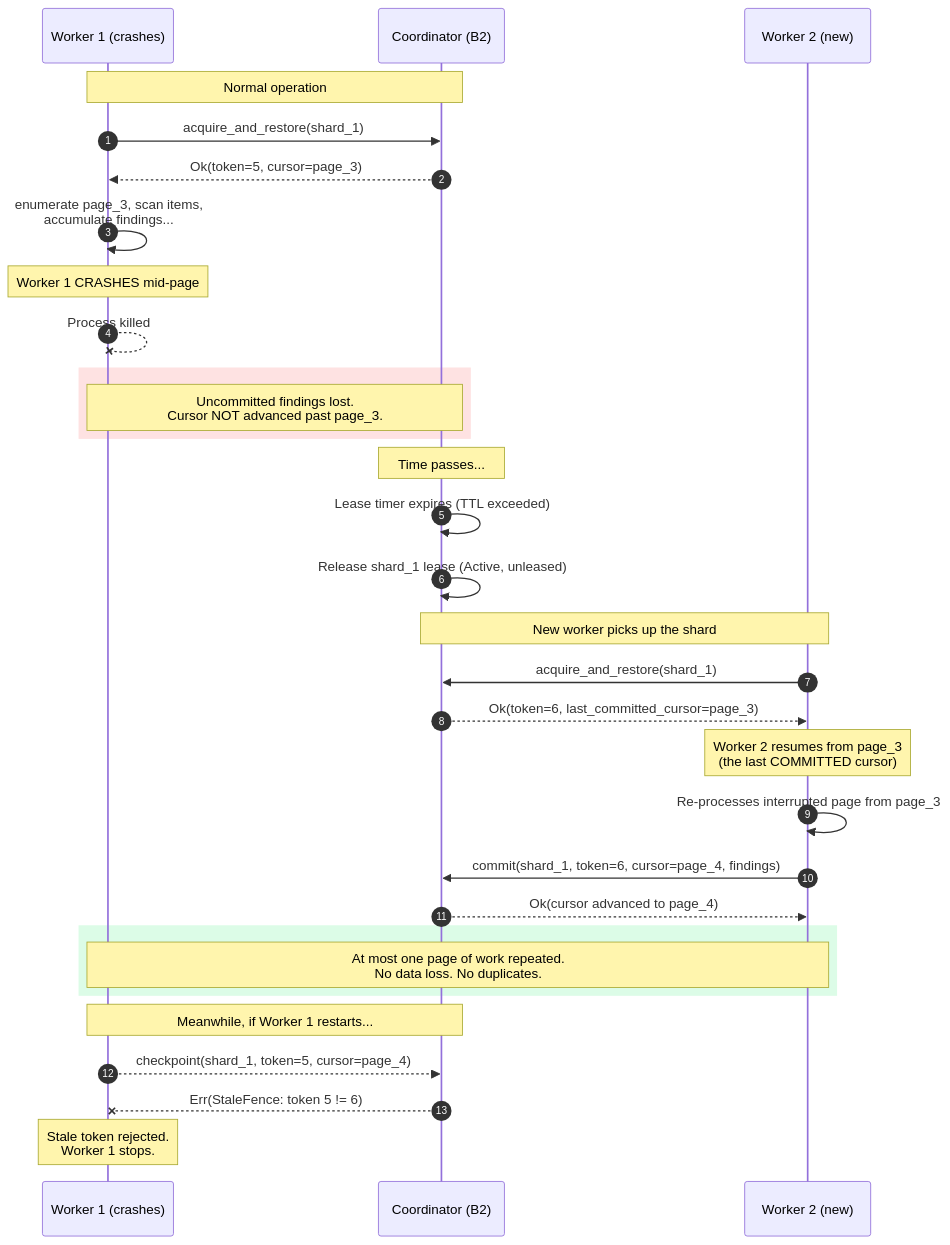
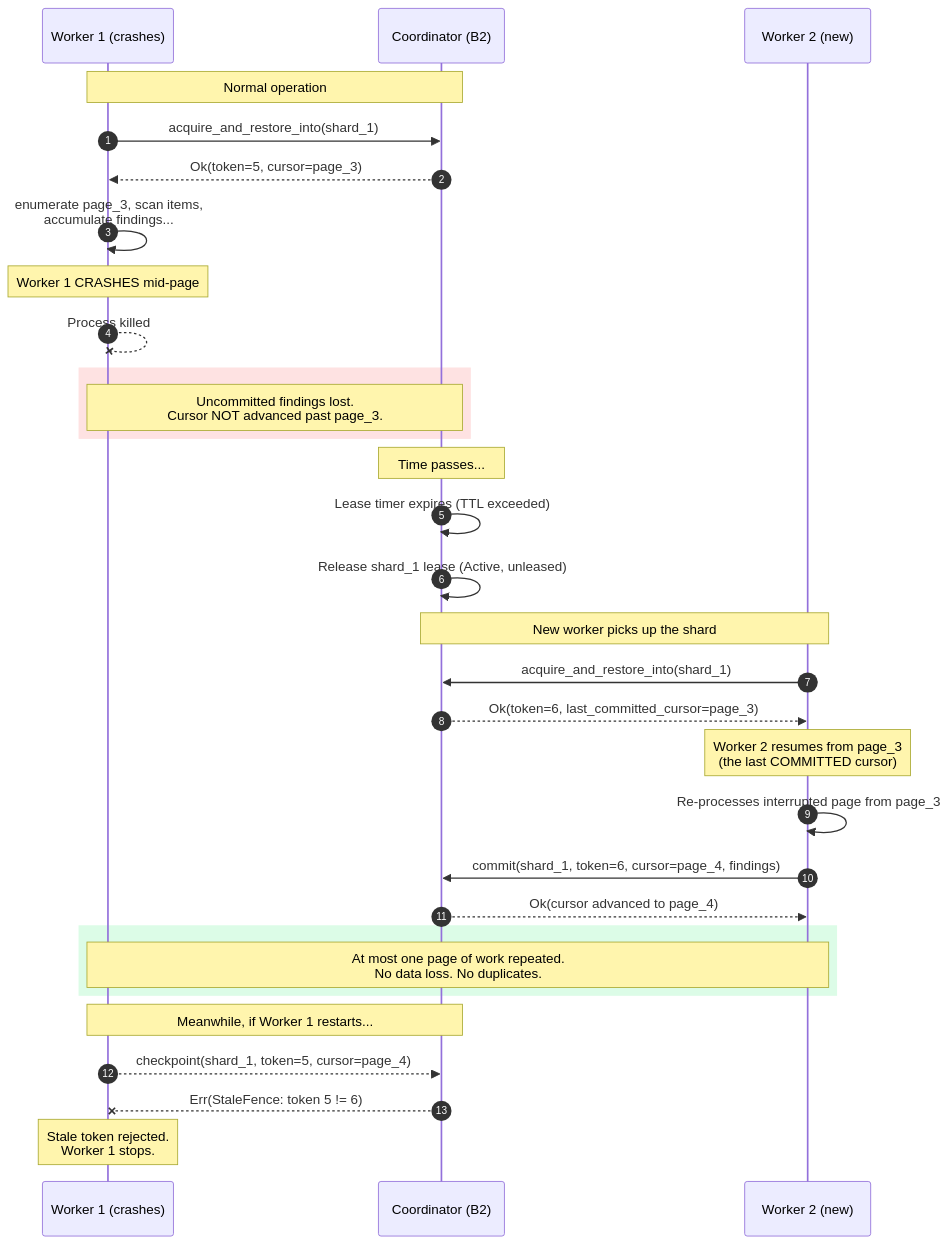
One commit to ahrav/Gossip-rs changed the first of 6 diagrams in diagrams/10-failure-modes-and-recovery.md. Above: the diagram before and after it, drawn with Mermaid. The commit also changed other lines of this file and 29 other files, not shown here.

First line of the commit message:
Update diagram directory inventory and diagram counts

````diff
--- a/diagrams/10-failure-modes-and-recovery.md
+++ b/diagrams/10-failure-modes-and-recovery.md
@@ -59,43 +59,43 @@
 ```mermaid
 %% Diagram: worker-crash-recovery
 sequenceDiagram
     autonumber
     participant W1 as Worker 1 (crashes)
     participant CO as Coordinator (B2)
     participant W2 as Worker 2 (new)
 
     Note over W1,CO: Normal operation
-    W1->>CO: acquire_and_restore(shard_1)
+    W1->>CO: acquire_and_restore_into(shard_1)
     CO-->>W1: Ok(token=5, cursor=page_3)
     W1->>W1: enumerate page_3, scan items,<br/>accumulate findings...
 
     Note over W1: Worker 1 CRASHES mid-page
     W1--xW1: Process killed
 
     rect rgb(254, 226, 226)
         Note over W1,CO: Uncommitted findings lost.<br/>Cursor NOT advanced past page_3.
     end
 
     Note over CO: Time passes...
 
     CO->>CO: Lease timer expires (TTL exceeded)
     CO->>CO: Release shard_1 lease (Active, unleased)
 
     Note over CO,W2: New worker picks up the shard
-    W2->>CO: acquire_and_restore(shard_1)
+    W2->>CO: acquire_and_restore_into(shard_1)
     CO-->>W2: Ok(token=6, last_committed_cursor=page_3)
 
     Note over W2: Worker 2 resumes from page_3<br/>(the last COMMITTED cursor)
     W2->>W2: Re-processes interrupted page from page_3
     W2->>CO: commit(shard_1, token=6, cursor=page_4, findings)
     CO-->>W2: Ok(cursor advanced to page_4)
 
     rect rgb(220, 252, 231)
         Note over W1,W2: At most one page of work repeated.<br/>No data loss. No duplicates.
     end
 
     Note over W1,CO: Meanwhile, if Worker 1 restarts...
     W1-->>CO: checkpoint(shard_1, token=5, cursor=page_4)
     CO--xW1: Err(StaleFence: token 5 != 6)
     Note over W1: Stale token rejected.<br/>Worker 1 stops.
 ```
````
